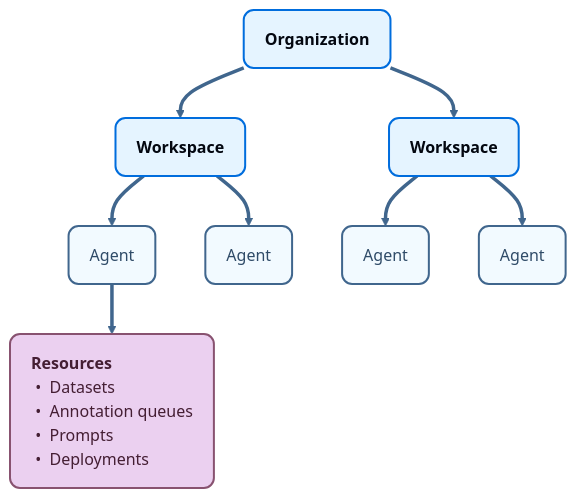
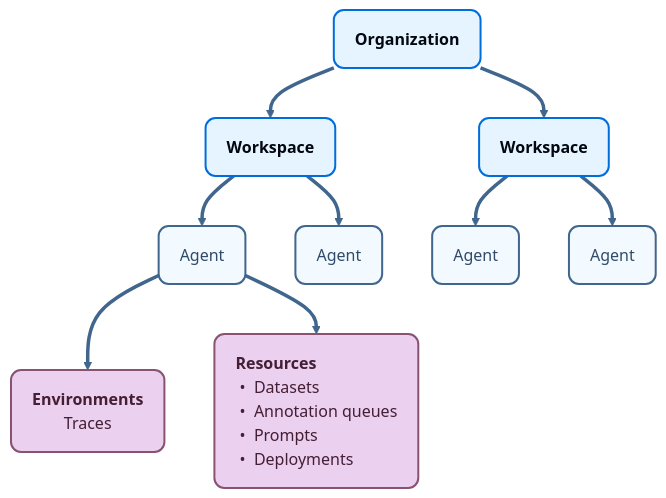
Before and after one commit to langchain-ai/docs: the diagram in src/langsmith/administration-overview.mdx, drawn with Mermaid. The commit also changed other lines of this file, not shown here.

First line of the commit message:
docs(langsmith): show traces and environments in the admin overview hierarchy

````diff
--- a/src/langsmith/administration-overview.mdx
+++ b/src/langsmith/administration-overview.mdx
@@ -68,25 +68,26 @@
 ```mermaid actions={false}
 %%{init: {"theme":"base","themeVariables":{"fontFamily":"Inter, system-ui, sans-serif","lineColor":"#40668D","primaryColor":"#E5F4FF","primaryTextColor":"#030710","primaryBorderColor":"#006DDD","clusterBkg":"transparent"}}}%%
 flowchart TD
     ORG("<div style='padding:2px 6px'><b>Organization</b></div>")
     WSA("<div style='padding:2px 6px'><b>Workspace</b></div>")
     WSB("<div style='padding:2px 6px'><b>Workspace</b></div>")
     AG1("<div style='padding:2px 6px'>Agent</div>")
     AG2("<div style='padding:2px 6px'>Agent</div>")
     AG3("<div style='padding:2px 6px'>Agent</div>")
     AG4("<div style='padding:2px 6px'>Agent</div>")
+    ENV("<div style='padding:2px 6px'><b>Environments</b><br/>Traces</div>")
     RES("<div style='text-align:left;padding:2px 6px'><b>Resources</b><br/>&nbsp;•&nbsp; Datasets<br/>&nbsp;•&nbsp; Annotation queues<br/>&nbsp;•&nbsp; Prompts<br/>&nbsp;•&nbsp; Deployments</div>")
 
     ORG ==> WSA & WSB
     WSA ==> AG1 & AG2
     WSB ==> AG3 & AG4
-    AG1 ==> RES
+    AG1 ==> ENV & RES
 
     classDef neutral fill:#F2FAFF,stroke:#40668D,stroke-width:2px,color:#2F4B68,rx:10,ry:10
     classDef process fill:#E5F4FF,stroke:#006DDD,stroke-width:2px,color:#030710,rx:10,ry:10
     classDef output fill:#EBD0F0,stroke:#885270,stroke-width:2px,color:#441E33,rx:10,ry:10
 
     class ORG,WSA,WSB process
     class AG1,AG2,AG3,AG4 neutral
-    class RES output
+    class ENV,RES output
 ```
````
